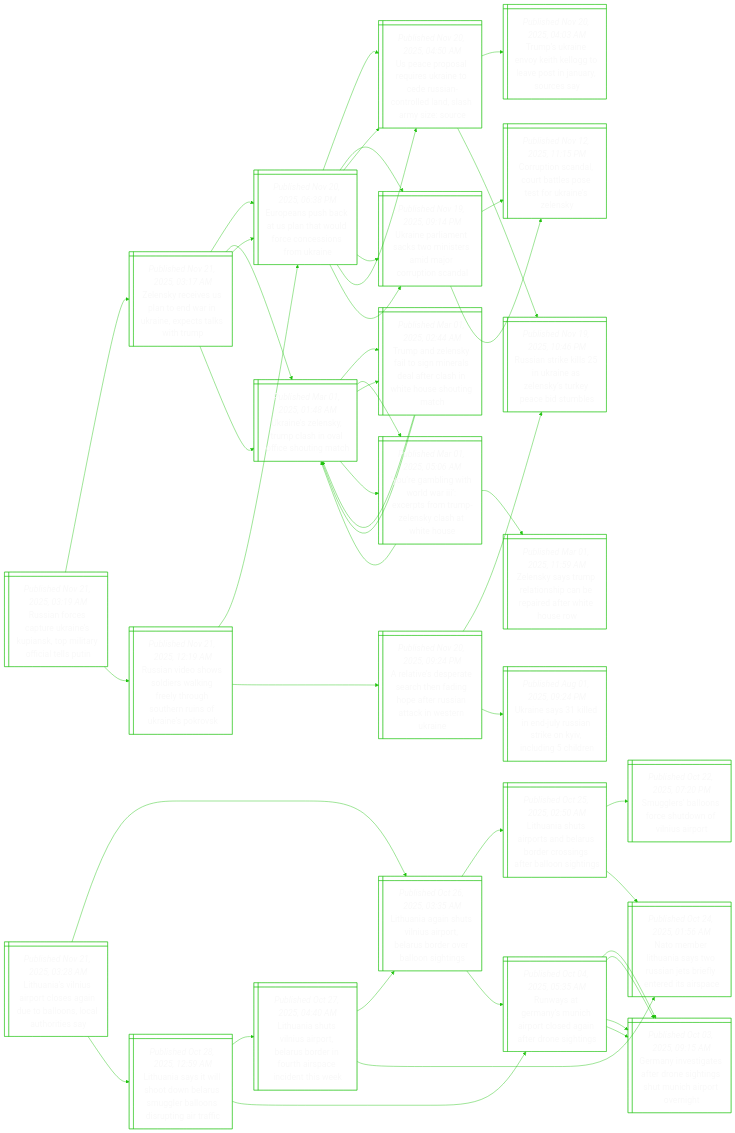
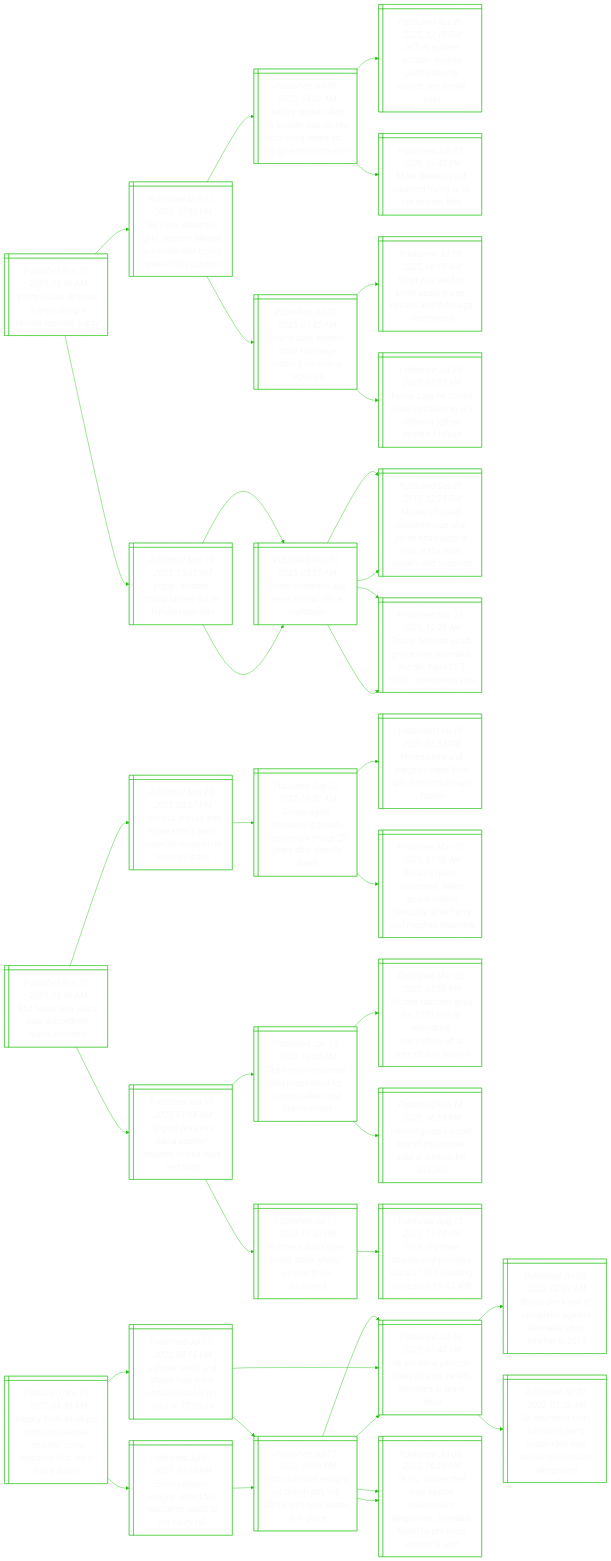
The diagram in README.md (notJmes/notJmes), drawn with Mermaid before and after one commit. The commit also changed other lines of this file, not shown here.

````diff
--- a/README.md
+++ b/README.md
@@ -16,142 +16,121 @@
 flowchart LR
 classDef txtsize font-size:20px;
 
-LaVupladboctta@{ shape: win-pane, label: "_Published Nov 21, 2025, 03:28 AM_
-Lithuania’s vilnius airport closes again due to balloons, local authorities say" }
-Laghisolbrbohs@{ shape: win-pane, label: "_Published Oct 26, 2025, 03:35 AM_
-Lithuania again shuts vilnius airport, belarus border over balloon sightings" }
-LahitBudogelin@{ shape: win-pane, label: "_Published Oct 25, 2025, 02:50 AM_
-Lithuania shuts airports and belarus border crossings after balloon sightings" }
-Slanctonit@{ shape: win-pane, label: "_Published Oct 22, 2025, 07:20 PM_
-Smugglers’ balloons force shutdown of vilnius airport" }
-NeLaaoitendic@{ shape: win-pane, label: "_Published Oct 24, 2025, 01:56 AM_
-Nato member lithuania says two russian jets briefly entered its airspace" }
-Ryeyircdnret@{ shape: win-pane, label: "_Published Oct 04, 2025, 05:35 AM_
-Runways at germany’s munich airport closed again after drone sightings" }
-Gneafrinuiroi@{ shape: win-pane, label: "_Published Oct 03, 2025, 09:15 AM_
-Germany investigates after drone sightings shut munich airport overnight" }
-Gneafrinuiroi@{ shape: win-pane, label: "_Published Oct 03, 2025, 09:15 AM_
-Germany investigates after drone sightings shut munich airport overnight" }
-Laawholsllsugrc@{ shape: win-pane, label: "_Published Oct 28, 2025, 12:59 AM_
-Lithuania says it will shoot down belarus smuggler balloons disrupting air traffic" }
-Lahisolbruicite@{ shape: win-pane, label: "_Published Oct 27, 2025, 04:40 AM_
-Lithuania shuts vilnius airport, belarus border in fourth airspace incident this week" }
-Laghisolbrbohs@{ shape: win-pane, label: "_Published Oct 26, 2025, 03:35 AM_
-Lithuania again shuts vilnius airport, belarus border over balloon sightings" }
-NeLaaoitendic@{ shape: win-pane, label: "_Published Oct 24, 2025, 01:56 AM_
-Nato member lithuania says two russian jets briefly entered its airspace" }
-Ryeyircdnret@{ shape: win-pane, label: "_Published Oct 04, 2025, 05:35 AM_
-Runways at germany’s munich airport closed again after drone sightings" }
-Gneafrinuiroi@{ shape: win-pane, label: "_Published Oct 03, 2025, 09:15 AM_
-Germany investigates after drone sightings shut munich airport overnight" }
-Gneafrinuiroi@{ shape: win-pane, label: "_Published Oct 03, 2025, 09:15 AM_
-Germany investigates after drone sightings shut munich airport overnight" }
+WHddmlferi@{ shape: win-pane, label: "_Published Nov 21, 2025, 06:48 AM_
+White house defends trump calling a female reporter ‘piggy’" }
+HwtipngesTkfot@{ shape: win-pane, label: "_Published Nov 12, 2025, 10:53 PM_
+‘he knew about the girls’: epstein alleged in e-mails that trump knew of his conduct" }
+Jetisdntigntvem@{ shape: win-pane, label: "_Published Jul 08, 2025, 04:02 AM_
+Jeffrey epstein died by suicide, has no sex trafficking ‘client list’: us government memo" }
+Jetcriiebceiy@{ shape: win-pane, label: "_Published Apr 26, 2025, 12:15 PM_
+Jeffrey epstein accuser virginia giuffre dies by suicide, her family says" }
+MesciuiEie@{ shape: win-pane, label: "_Published Jun 07, 2025, 09:45 PM_
+Musk deletes post claiming trump is ‘in the epstein files’" }
+Tspnerifag@{ shape: win-pane, label: "_Published Jul 30, 2025, 07:45 AM_
+Trump says epstein ‘stole’ underage victim from mar-a-lago spa" }
+WodoumtnMov@{ shape: win-pane, label: "_Published Jul 19, 2025, 06:16 AM_
+What you need to know about trump, epstein and the maga controversy" }
+Tseentnxneyes@{ shape: win-pane, label: "_Published Jul 29, 2025, 02:33 AM_
+Trump says he turned down invitation to sex offender jeffrey epstein’s island" }
+Ptbusuert@{ shape: win-pane, label: "_Published Nov 19, 2025, 10:05 AM_
+‘piggy’, ‘terrible’: trump lashes out at female reporters" }
+TttBsailn@{ shape: win-pane, label: "_Published Nov 19, 2025, 05:25 AM_
+Trump threatens abc news in oval office meltdown" }
+Mrusnrsasikeprsc@{ shape: win-pane, label: "_Published Oct 20, 2018, 12:23 PM_
+Murder of saudi dissident journalist jamal khashoggi: a look at the main players and suspects" }
+Tdddnersdiinst@{ shape: win-pane, label: "_Published Nov 19, 2025, 12:28 AM_
+Trump defends saudi prince over journalist murder, hails $1.3 trillion investment vow" }
+TttBsailn@{ shape: win-pane, label: "_Published Nov 19, 2025, 05:25 AM_
+Trump threatens abc news in oval office meltdown" }
+Mrusnrsasikeprsc@{ shape: win-pane, label: "_Published Oct 20, 2018, 12:23 PM_
+Murder of saudi dissident journalist jamal khashoggi: a look at the main players and suspects" }
+Tdddnersdiinst@{ shape: win-pane, label: "_Published Nov 19, 2025, 12:28 AM_
+Trump defends saudi prince over journalist murder, hails $1.3 trillion investment vow" }
 
-LaVupladboctta:::txtsize --> Laghisolbrbohs:::txtsize
-Laghisolbrbohs:::txtsize --> LahitBudogelin:::txtsize
-LahitBudogelin:::txtsize --> Slanctonit:::txtsize
-LahitBudogelin:::txtsize --> NeLaaoitendic:::txtsize
-Laghisolbrbohs:::txtsize --> Ryeyircdnret:::txtsize
-Ryeyircdnret:::txtsize --> Gneafrinuiroi:::txtsize
-Ryeyircdnret:::txtsize --> Gneafrinuiroi:::txtsize
-LaVupladboctta:::txtsize --> Laawholsllsugrc:::txtsize
-Laawholsllsugrc:::txtsize --> Lahisolbruicite:::txtsize
-Lahisolbruicite:::txtsize --> Laghisolbrbohs:::txtsize
-Lahisolbruicite:::txtsize --> NeLaaoitendic:::txtsize
-Laawholsllsugrc:::txtsize --> Ryeyircdnret:::txtsize
-Ryeyircdnret:::txtsize --> Gneafrinuiroi:::txtsize
-Ryeyircdnret:::txtsize --> Gneafrinuiroi:::txtsize
+WHddmlferi:::txtsize --> HwtipngesTkfot:::txtsize
+HwtipngesTkfot:::txtsize --> Jetisdntigntvem:::txtsize
+Jetisdntigntvem:::txtsize --> Jetcriiebceiy:::txtsize
+Jetisdntigntvem:::txtsize --> MesciuiEie:::txtsize
+HwtipngesTkfot:::txtsize --> Tspnerifag:::txtsize
+Tspnerifag:::txtsize --> WodoumtnMov:::txtsize
+Tspnerifag:::txtsize --> Tseentnxneyes:::txtsize
+WHddmlferi:::txtsize --> Ptbusuert:::txtsize
+Ptbusuert:::txtsize --> TttBsailn:::txtsize
+TttBsailn:::txtsize --> Mrusnrsasikeprsc:::txtsize
+TttBsailn:::txtsize --> Tdddnersdiinst:::txtsize
+Ptbusuert:::txtsize --> TttBsailn:::txtsize
+TttBsailn:::txtsize --> Mrusnrsasikeprsc:::txtsize
+TttBsailn:::txtsize --> Tdddnersdiinst:::txtsize
 
-RacpUnpkiritP@{ shape: win-pane, label: "_Published Nov 21, 2025, 03:19 AM_
-Russian forces capture ukraine’s kupiansk, top military official tells putin" }
-ZscsaniaxssT@{ shape: win-pane, label: "_Published Nov 21, 2025, 03:17 AM_
-Zelensky receives us plan to end war in ukraine, expects talks with trump" }
-EeucStooosfke@{ shape: win-pane, label: "_Published Nov 20, 2025, 06:38 PM_
-Europeans push back at us plan that would force concessions from ukraine" }
-UcprrrteinlnsySe@{ shape: win-pane, label: "_Published Nov 20, 2025, 04:50 AM_
-Us peace proposal requires ukraine to cede russian-controlled land, slash army size: source" }
-Unlnkmtmjria@{ shape: win-pane, label: "_Published Nov 19, 2025, 09:14 PM_
-Ukraine parliament sacks two ministers amid major corruption scandal" }
-Unlyphaiogh@{ shape: win-pane, label: "_Published Mar 01, 2025, 01:48 AM_
-Ukraine’s zelensky, trump clash in oval office shouting match" }
-TalytnretaWHsit@{ shape: win-pane, label: "_Published Mar 01, 2025, 02:44 AM_
-Trump and zelensky fail to sign minerals deal after clash in white house shouting match" }
-YgitlIcsTZsaWH@{ shape: win-pane, label: "_Published Mar 01, 2025, 05:06 AM_
-‘you’re gambling with world war iii’: excerpts from trump-zelensky clash at white house" }
-RaewdwnerseiUnkk@{ shape: win-pane, label: "_Published Nov 21, 2025, 12:19 AM_
-Russian video shows soldiers walking freely through southern ruins of ukraine’s pokrovsk" }
-EeucStooosfke@{ shape: win-pane, label: "_Published Nov 20, 2025, 06:38 PM_
-Europeans push back at us plan that would force concessions from ukraine" }
-UcprrrteinlnsySe@{ shape: win-pane, label: "_Published Nov 20, 2025, 04:50 AM_
-Us peace proposal requires ukraine to cede russian-controlled land, slash army size: source" }
-Unlnkmtmjria@{ shape: win-pane, label: "_Published Nov 19, 2025, 09:14 PM_
-Ukraine parliament sacks two ministers amid major corruption scandal" }
-Atdretahfunceni@{ shape: win-pane, label: "_Published Nov 20, 2025, 09:24 PM_
-A relative’s desperate search then fading hope after russian attack in western ukraine" }
-RailUnekreim@{ shape: win-pane, label: "_Published Nov 19, 2025, 10:46 PM_
-Russian strike kills 25 in ukraine as zelensky’s turkey peace bid stumbles" }
-Unsenyirnidhe@{ shape: win-pane, label: "_Published Aug 01, 2025, 09:24 PM_
-Ukraine says 31 killed in end-july russian strike on kyiv, including 5 children" }
+BcwoidDiv@{ shape: win-pane, label: "_Published Nov 21, 2025, 06:48 AM_
+Bbc faces new woes over discredited diana interview" }
+Peaautaakuees@{ shape: win-pane, label: "_Published Nov 20, 2025, 08:27 PM_
+Princess diana’s wax figure enters paris waxwork museum in ‘revenge dress’" }
+Csnantohaatae@{ shape: win-pane, label: "_Published Aug 22, 2022, 09:52 AM_
+Crises again threatening british monarchy's image 25 years after diana's death" }
+Peyemipiirfy@{ shape: win-pane, label: "_Published Feb 19, 2021, 08:53 PM_
+Prince harry and meghan make final split with british royal family" }
+BieddssirlerMnr@{ shape: win-pane, label: "_Published Mar 10, 2021, 01:56 AM_
+Britain's queen 'saddened', takes racism claims 'seriously' after harry and meghan interview" }
+LsnDaotfsag@{ shape: win-pane, label: "_Published Jun 10, 2025, 01:58 AM_
+‘largest princess diana auction’ features frocks, hats and bags" }
+Tossrerityaa@{ shape: win-pane, label: "_Published Jan 10, 2024, 12:46 AM_
+The crown costumes and props head for auction after royal drama wraps" }
+Secoreieelcrun@{ shape: win-pane, label: "_Published Mar 03, 2023, 03:00 PM_
+Stuffed raccoon goes for $121,000 at everything everywhere all at once charity auction" }
+Fspnxotlun@{ shape: win-pane, label: "_Published Feb 14, 2023, 06:55 PM_
+Forrest gump’s iconic ‘box of chocolates’ sold at auction for $33,000" }
+Pearecepbtd@{ shape: win-pane, label: "_Published Jul 17, 2023, 11:40 PM_
+Princess diana’s pre-loved ‘black sheep’ jumper to be auctioned" }
+Sonaaisadalr@{ shape: win-pane, label: "_Published Aug 12, 2021, 11:14 AM_
+Slice of prince charles and princess diana's 1981 wedding cake sells for $3,400" }
 
-RacpUnpkiritP:::txtsize --> ZscsaniaxssT:::txtsize
-ZscsaniaxssT:::txtsize --> EeucStooosfke:::txtsize
-EeucStooosfke:::txtsize --> UcprrrteinlnsySe:::txtsize
-EeucStooosfke:::txtsize --> Unlnkmtmjria:::txtsize
-ZscsaniaxssT:::txtsize --> Unlyphaiogh:::txtsize
-Unlyphaiogh:::txtsize --> TalytnretaWHsit:::txtsize
-Unlyphaiogh:::txtsize --> YgitlIcsTZsaWH:::txtsize
-RacpUnpkiritP:::txtsize --> RaewdwnerseiUnkk:::txtsize
-RaewdwnerseiUnkk:::txtsize --> EeucStooosfke:::txtsize
-EeucStooosfke:::txtsize --> UcprrrteinlnsySe:::txtsize
-EeucStooosfke:::txtsize --> Unlnkmtmjria:::txtsize
-RaewdwnerseiUnkk:::txtsize --> Atdretahfunceni:::txtsize
-Atdretahfunceni:::txtsize --> RailUnekreim:::txtsize
-Atdretahfunceni:::txtsize --> Unsenyirnidhe:::txtsize
+BcwoidDiv:::txtsize --> Peaautaakuees:::txtsize
+Peaautaakuees:::txtsize --> Csnantohaatae:::txtsize
+Csnantohaatae:::txtsize --> Peyemipiirfy:::txtsize
+Csnantohaatae:::txtsize --> BieddssirlerMnr:::txtsize
+BcwoidDiv:::txtsize --> LsnDaotfsag:::txtsize
+LsnDaotfsag:::txtsize --> Tossrerityaa:::txtsize
+Tossrerityaa:::txtsize --> Secoreieelcrun:::txtsize
+Tossrerityaa:::txtsize --> Fspnxotlun:::txtsize
+LsnDaotfsag:::txtsize --> Pearecepbtd:::txtsize
+Pearecepbtd:::txtsize --> Sonaaisadalr:::txtsize
 
-ZscsaniaxssT@{ shape: win-pane, label: "_Published Nov 21, 2025, 03:17 AM_
-Zelensky receives us plan to end war in ukraine, expects talks with trump" }
-EeucStooosfke@{ shape: win-pane, label: "_Published Nov 20, 2025, 06:38 PM_
-Europeans push back at us plan that would force concessions from ukraine" }
-UcprrrteinlnsySe@{ shape: win-pane, label: "_Published Nov 20, 2025, 04:50 AM_
-Us peace proposal requires ukraine to cede russian-controlled land, slash army size: source" }
-Tsiviltvtnse@{ shape: win-pane, label: "_Published Nov 20, 2025, 04:03 AM_
-Trump’s ukraine envoy keith kellogg to leave post in january, sources say" }
-RailUnekreim@{ shape: win-pane, label: "_Published Nov 19, 2025, 10:46 PM_
-Russian strike kills 25 in ukraine as zelensky’s turkey peace bid stumbles" }
-Unlnkmtmjria@{ shape: win-pane, label: "_Published Nov 19, 2025, 09:14 PM_
-Ukraine parliament sacks two ministers amid major corruption scandal" }
-CpsartosUnly@{ shape: win-pane, label: "_Published Nov 12, 2025, 11:15 PM_
-Corruption scandal, court battles pose test for ukraine’s zelensky" }
-CpsartosUnly@{ shape: win-pane, label: "_Published Nov 12, 2025, 11:15 PM_
-Corruption scandal, court battles pose test for ukraine’s zelensky" }
-Unlyphaiogh@{ shape: win-pane, label: "_Published Mar 01, 2025, 01:48 AM_
-Ukraine’s zelensky, trump clash in oval office shouting match" }
-TalytnretaWHsit@{ shape: win-pane, label: "_Published Mar 01, 2025, 02:44 AM_
-Trump and zelensky fail to sign minerals deal after clash in white house shouting match" }
-Unlyphaiogh@{ shape: win-pane, label: "_Published Mar 01, 2025, 01:48 AM_
-Ukraine’s zelensky, trump clash in oval office shouting match" }
-Unlyphaiogh@{ shape: win-pane, label: "_Published Mar 01, 2025, 01:48 AM_
-Ukraine’s zelensky, trump clash in oval office shouting match" }
-YgitlIcsTZsaWH@{ shape: win-pane, label: "_Published Mar 01, 2025, 05:06 AM_
-‘you’re gambling with world war iii’: excerpts from trump-zelensky clash at white house" }
-Unlyphaiogh@{ shape: win-pane, label: "_Published Mar 01, 2025, 01:48 AM_
-Ukraine’s zelensky, trump clash in oval office shouting match" }
-Zsymasaeeets@{ shape: win-pane, label: "_Published Mar 01, 2025, 11:59 AM_
-Zelensky says trump relationship can be repaired after white house row" }
+IrdKhoaoOestods@{ shape: win-pane, label: "_Published Nov 21, 2025, 06:30 AM_
+Inquiry finds ex-uk pm johnson oversaw ‘chaotic’ covid response that led to more deaths" }
+Ceodsoonhpns@{ shape: win-pane, label: "_Published Jul 07, 2022, 08:18 PM_
+Cabinet revolt and chaos: how boris johnson lost his pm post in 72 hours" }
+BJoisiwenedic@{ shape: win-pane, label: "_Published Jul 07, 2022, 03:58 PM_
+Boris johnson resigns as british pm, will serve until new leader is in place" }
+Uoonsnaiegb@{ shape: win-pane, label: "_Published Jul 06, 2022, 01:44 AM_
+Uk pm boris johnson loses finance, health ministers in grave blow" }
+UudeusulicleMsso@{ shape: win-pane, label: "_Published Jul 06, 2022, 06:23 AM_
+Uk mp suspended over sexual misconduct allegations: scandals faced by pm boris johnson's govt" }
+Uoonsnaiegb@{ shape: win-pane, label: "_Published Jul 06, 2022, 01:44 AM_
+Uk pm boris johnson loses finance, health ministers in grave blow" }
+Bsncagtahir@{ shape: win-pane, label: "_Published Jul 06, 2022, 02:29 AM_
+British pm knew of complaint against lawmaker chris pincher in 2019" }
+Umfontpdslotgn@{ shape: win-pane, label: "_Published Jul 02, 2022, 01:38 AM_
+Uk lawmaker from johnson's party suspended over sexual misconduct allegations" }
+BJoiheuoditl@{ shape: win-pane, label: "_Published Jul 07, 2022, 10:04 PM_
+Boris johnson resigns: shredded reputation leads to his nasty fall" }
+BJoisiwenedic@{ shape: win-pane, label: "_Published Jul 07, 2022, 03:58 PM_
+Boris johnson resigns as british pm, will serve until new leader is in place" }
+Uoonsnaiegb@{ shape: win-pane, label: "_Published Jul 06, 2022, 01:44 AM_
+Uk pm boris johnson loses finance, health ministers in grave blow" }
+UudeusulicleMsso@{ shape: win-pane, label: "_Published Jul 06, 2022, 06:23 AM_
+Uk mp suspended over sexual misconduct allegations: scandals faced by pm boris johnson's govt" }
 
-ZscsaniaxssT:::txtsize --> EeucStooosfke:::txtsize
-EeucStooosfke:::txtsize --> UcprrrteinlnsySe:::txtsize
-UcprrrteinlnsySe:::txtsize --> Tsiviltvtnse:::txtsize
-UcprrrteinlnsySe:::txtsize --> RailUnekreim:::txtsize
-EeucStooosfke:::txtsize --> Unlnkmtmjria:::txtsize
-Unlnkmtmjria:::txtsize --> CpsartosUnly:::txtsize
-Unlnkmtmjria:::txtsize --> CpsartosUnly:::txtsize
-ZscsaniaxssT:::txtsize --> Unlyphaiogh:::txtsize
-Unlyphaiogh:::txtsize --> TalytnretaWHsit:::txtsize
-TalytnretaWHsit:::txtsize --> Unlyphaiogh:::txtsize
-TalytnretaWHsit:::txtsize --> Unlyphaiogh:::txtsize
-Unlyphaiogh:::txtsize --> YgitlIcsTZsaWH:::txtsize
-YgitlIcsTZsaWH:::txtsize --> Unlyphaiogh:::txtsize
-YgitlIcsTZsaWH:::txtsize --> Zsymasaeeets:::txtsize
+IrdKhoaoOestods:::txtsize --> Ceodsoonhpns:::txtsize
+Ceodsoonhpns:::txtsize --> BJoisiwenedic:::txtsize
+BJoisiwenedic:::txtsize --> Uoonsnaiegb:::txtsize
+BJoisiwenedic:::txtsize --> UudeusulicleMsso:::txtsize
+Ceodsoonhpns:::txtsize --> Uoonsnaiegb:::txtsize
+Uoonsnaiegb:::txtsize --> Bsncagtahir:::txtsize
+Uoonsnaiegb:::txtsize --> Umfontpdslotgn:::txtsize
+IrdKhoaoOestods:::txtsize --> BJoiheuoditl:::txtsize
+BJoiheuoditl:::txtsize --> BJoisiwenedic:::txtsize
+BJoisiwenedic:::txtsize --> Uoonsnaiegb:::txtsize
+BJoisiwenedic:::txtsize --> UudeusulicleMsso:::txtsize
 
 ```
````
